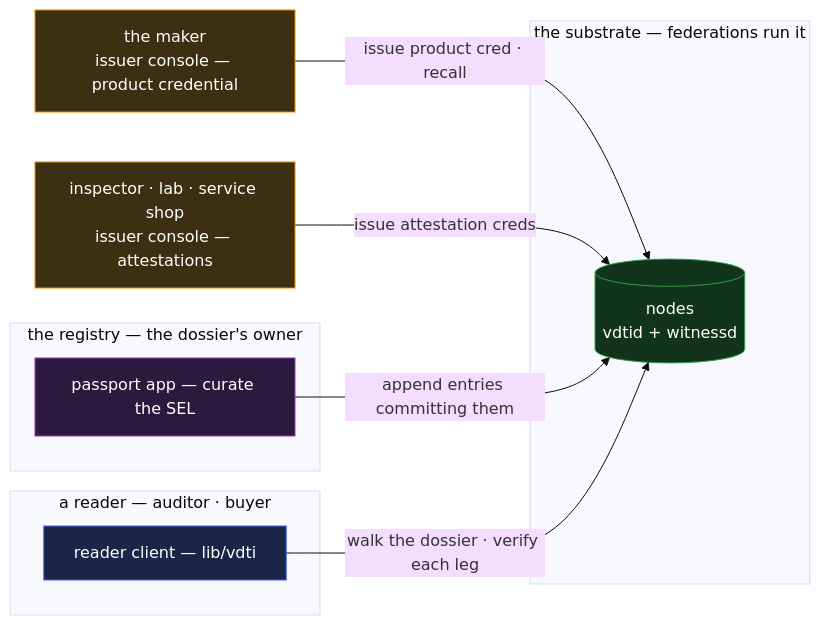
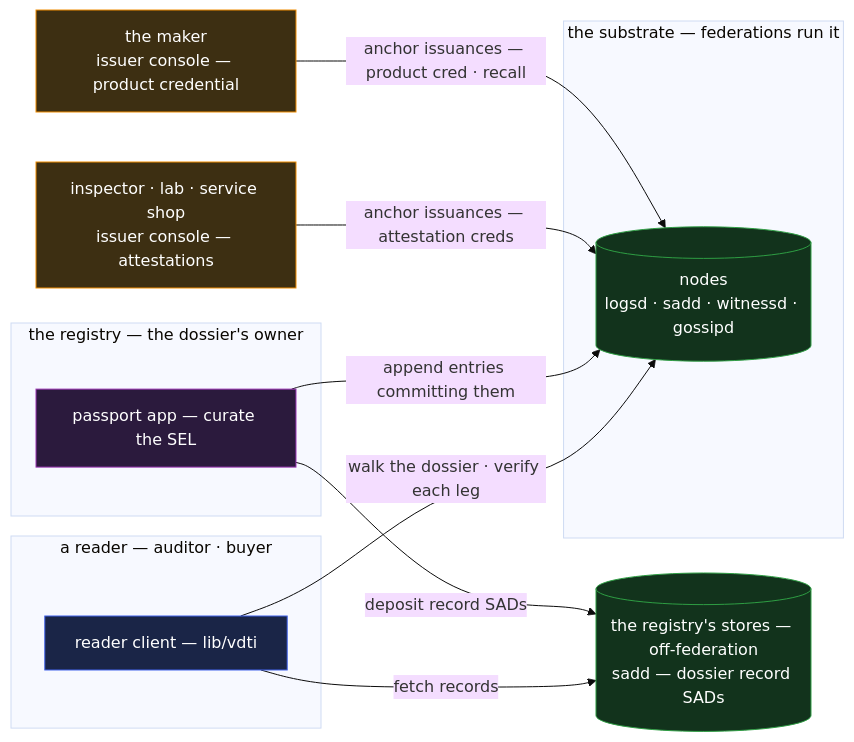
One commit to jasoncolburne/vdti changed the diagram in docs/design/example-applications/passport.md. Above: the diagram before and after it, drawn with Mermaid (base theme). The commit also changed other lines of this file and 79 other files, not shown here.

````diff
--- a/docs/design/example-applications/passport.md
+++ b/docs/design/example-applications/passport.md
@@ -13,22 +13,25 @@
 ```mermaid
 flowchart LR
   maker["the maker<br/>issuer console — product credential"]:::org
   subgraph reg["the registry — the dossier's owner"]
     regapp["passport app — curate the SEL"]:::app
   end
   attestor["inspector · lab · service shop<br/>issuer console — attestations"]:::org
   subgraph reader["a reader — auditor · buyer"]
     rlib["reader client — lib/vdti"]:::lib
   end
   subgraph sub["the substrate — federations run it"]
-    node[("nodes<br/>vdtid + witnessd")]:::svc
+    node[("nodes<br/>logsd · sadd · witnessd · gossipd")]:::svc
   end
-  maker -->|"issue product cred · recall"| node
-  attestor -->|"issue attestation creds"| node
+  pstore[("the registry's stores — off-federation<br/>sadd — dossier record SADs")]:::svc
+  maker -->|"anchor issuances — product cred · recall"| node
+  attestor -->|"anchor issuances — attestation creds"| node
   regapp -->|"append entries committing them"| node
+  regapp -->|"deposit record SADs"| pstore
   rlib -->|"walk the dossier · verify each leg"| node
+  rlib -->|"fetch records"| pstore
   classDef app fill:#2b1a3d,stroke:#9c36b5,color:#fff
   classDef lib fill:#1a2547,stroke:#4263eb,color:#fff
   classDef org fill:#3d2f12,stroke:#f08c00,color:#fff
   classDef svc fill:#12331c,stroke:#2f9e44,color:#fff
 ```
````
